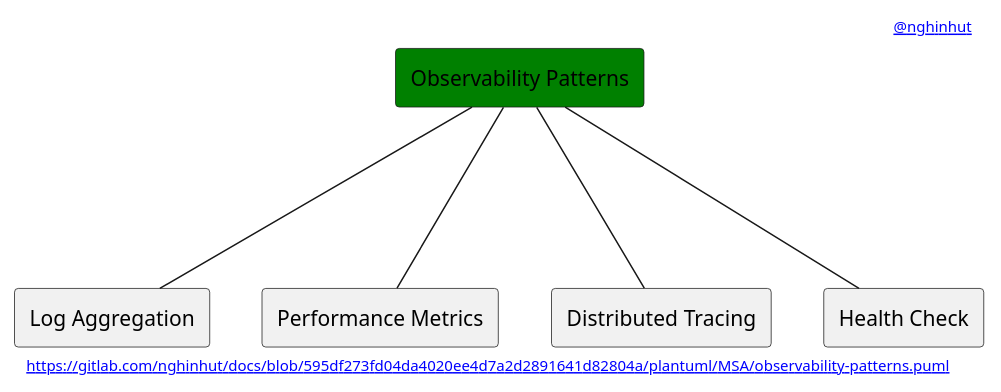
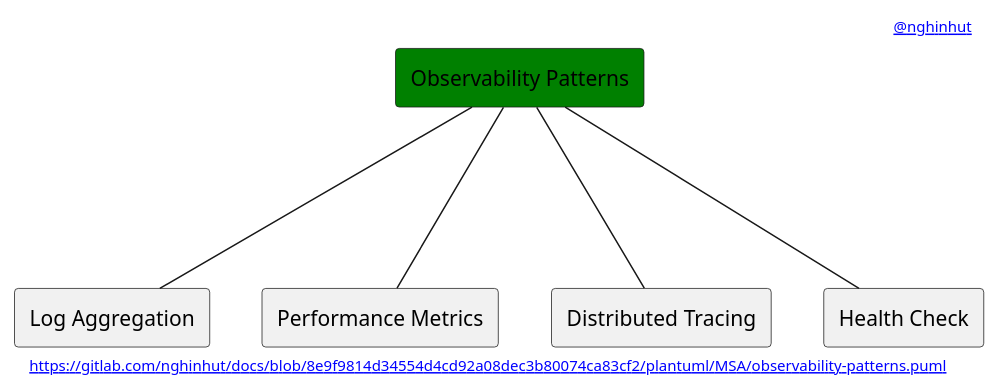
One commit to nghinhut/docs changed the diagram in plantuml/MSA/observability-patterns.puml. Above: the diagram before and after it, drawn with PlantUML. The commit also changed 28 other files, not shown here.

```diff
--- a/plantuml/MSA/observability-patterns.puml
+++ b/plantuml/MSA/observability-patterns.puml
@@ -1,18 +1,18 @@
 @startuml
 '-----START auto generated metadata please keep comment here to allow auto update-----
 '-----DON'T EDIT THIS SECTION, INSTEAD RE-RUN prebuild.sh TO UPDATE-----
-header [[https://www.nghinhut.dev?from=http%5C%3A%5C%2F%5C%2Fwww%5C.plantuml%5C.com%5C%2Fplantuml%5C%2Fproxy%3Ffmt%3Dsvg%5C%26src%3Dhttps%5C%3A%5C%2F%5C%2Fgitlab%5C.com%5C%2Fnghinhut%5C%2Fdocs%5C%2Fraw%5C%2F595df273fd04da4020ee4d7a2d2891641d82804a%5C%2Fplantuml%5C%2FMSA%5C%2Fobservability-patterns%5C.puml%0A @nghinhut]]
-footer [[http://www.plantuml.com/plantuml/proxy?fmt=svg&src=https://gitlab.com/nghinhut/docs/raw/595df273fd04da4020ee4d7a2d2891641d82804a/plantuml/MSA/observability-patterns.puml https://gitlab.com/nghinhut/docs/blob/595df273fd04da4020ee4d7a2d2891641d82804a/plantuml/MSA/observability-patterns.puml]]
+header [[https://www.nghinhut.dev?from=http%5C%3A%5C%2F%5C%2Fwww%5C.plantuml%5C.com%5C%2Fplantuml%5C%2Fproxy%3Ffmt%3Dsvg%5C%26src%3Dhttps%5C%3A%5C%2F%5C%2Fgitlab%5C.com%5C%2Fnghinhut%5C%2Fdocs%5C%2Fraw%5C%2F8e9f9814d34554d4cd92a08dec3b80074ca83cf2%5C%2Fplantuml%5C%2FMSA%5C%2Fobservability-patterns%5C.puml%0A @nghinhut]]
+footer [[http://www.plantuml.com/plantuml/proxy?fmt=svg&src=https://gitlab.com/nghinhut/docs/raw/8e9f9814d34554d4cd92a08dec3b80074ca83cf2/plantuml/MSA/observability-patterns.puml https://gitlab.com/nghinhut/docs/blob/8e9f9814d34554d4cd92a08dec3b80074ca83cf2/plantuml/MSA/observability-patterns.puml]]
 '-----END auto generated metadata please keep comment here to allow auto update-----
 
 rectangle "Observability Patterns" as Observability #green
 
 rectangle "Log Aggregation" as ObservabilityP1
 rectangle "Performance Metrics" as ObservabilityP2
 rectangle "Distributed Tracing" as ObservabilityP3
 rectangle "Health Check" as ObservabilityP4
 Observability --- ObservabilityP1
 Observability --- ObservabilityP2
 Observability --- ObservabilityP3
 Observability --- ObservabilityP4
 @enduml
```
